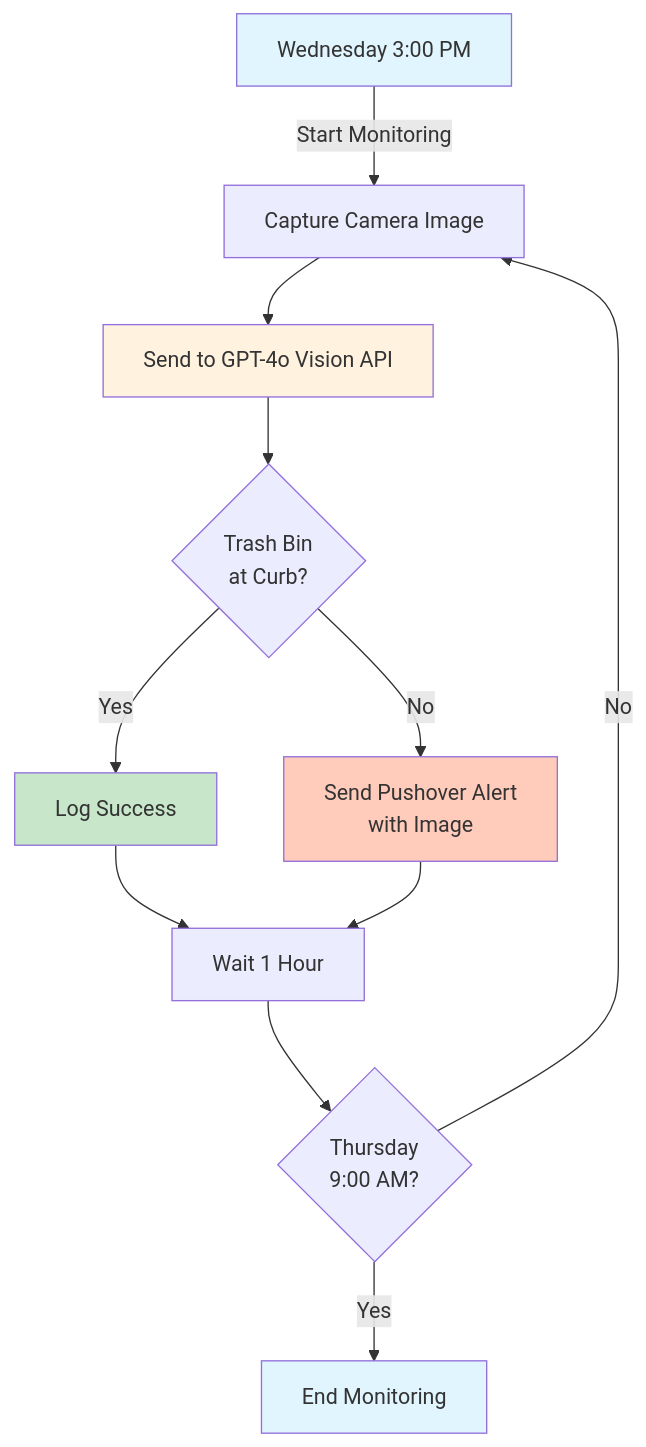
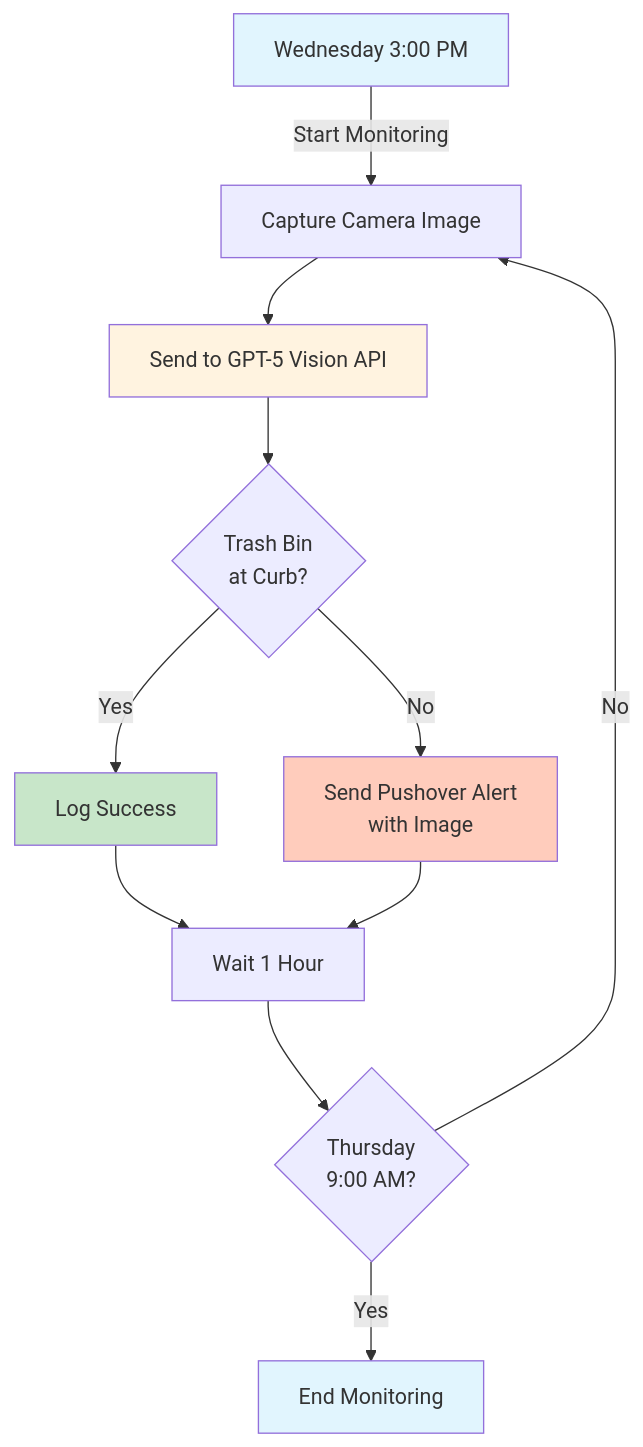
One commit to codearranger/trashminder changed the diagram in README.md. Above: the diagram before and after it, drawn with Mermaid. The commit also changed other lines of this file and 2 other files, not shown here.

First line of the commit message:
Upgrade to GPT-5 with Responses API and enhanced detection

````diff
--- a/README.md
+++ b/README.md
@@ -11,19 +11,19 @@
 ```mermaid
 graph TD
     A[Wednesday 3:00 PM] -->|Start Monitoring| B[Capture Camera Image]
-    B --> C[Send to GPT-4o Vision API]
+    B --> C[Send to GPT-5 Vision API]
     C --> D{Trash Bin<br/>at Curb?}
     D -->|Yes| E[Log Success]
     D -->|No| F[Send Pushover Alert<br/>with Image]
     E --> G[Wait 1 Hour]
     F --> G
     G --> H{Thursday<br/>9:00 AM?}
     H -->|No| B
     H -->|Yes| I[End Monitoring]
     
     style A fill:#e1f5fe
     style I fill:#e1f5fe
     style F fill:#ffccbc
     style E fill:#c8e6c9
     style C fill:#fff3e0
 ```
````
